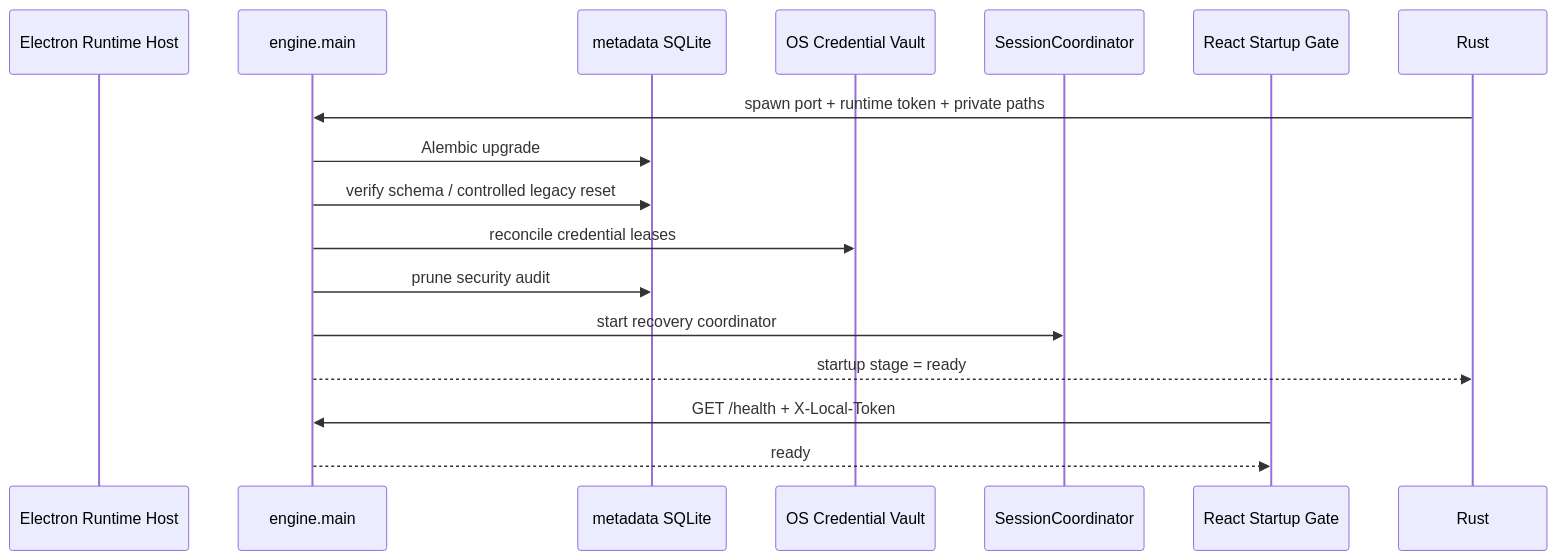
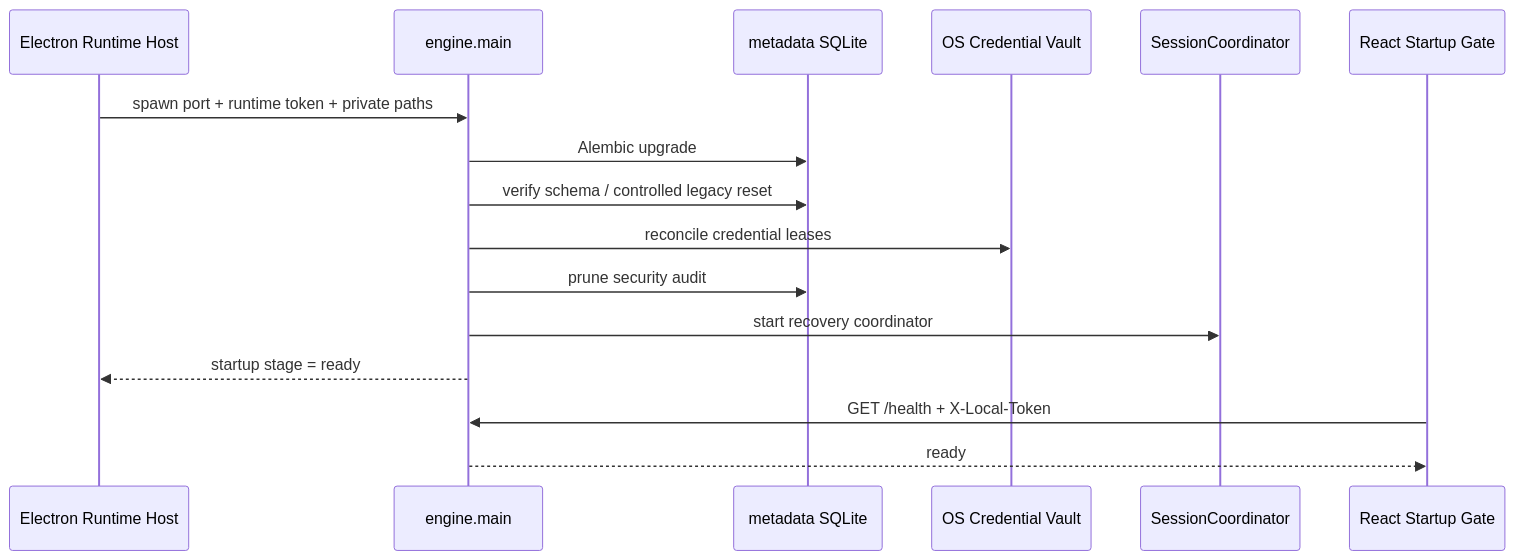
One commit to trrueee/DBFox changed the second of 8 diagrams in docs/architecture/backend-owner-guide.md. Above: the diagram before and after it, drawn with Mermaid. The commit also changed other lines of this file and 15 other files, not shown here.

````diff
--- a/docs/architecture/backend-owner-guide.md
+++ b/docs/architecture/backend-owner-guide.md
@@ -131,19 +131,19 @@
 ```mermaid
 sequenceDiagram
   participant Host as Electron Runtime Host
   participant Main as engine.main
   participant Meta as metadata SQLite
   participant Vault as OS Credential Vault
   participant Coord as SessionCoordinator
   participant UI as React Startup Gate
 
-  Rust->>Main: spawn port + runtime token + private paths
+  Host->>Main: spawn port + runtime token + private paths
   Main->>Meta: Alembic upgrade
   Main->>Meta: verify schema / controlled legacy reset
   Main->>Vault: reconcile credential leases
   Main->>Meta: prune security audit
   Main->>Coord: start recovery coordinator
-  Main-->>Rust: startup stage = ready
+  Main-->>Host: startup stage = ready
   UI->>Main: GET /health + X-Local-Token
   Main-->>UI: ready
 ```
````
